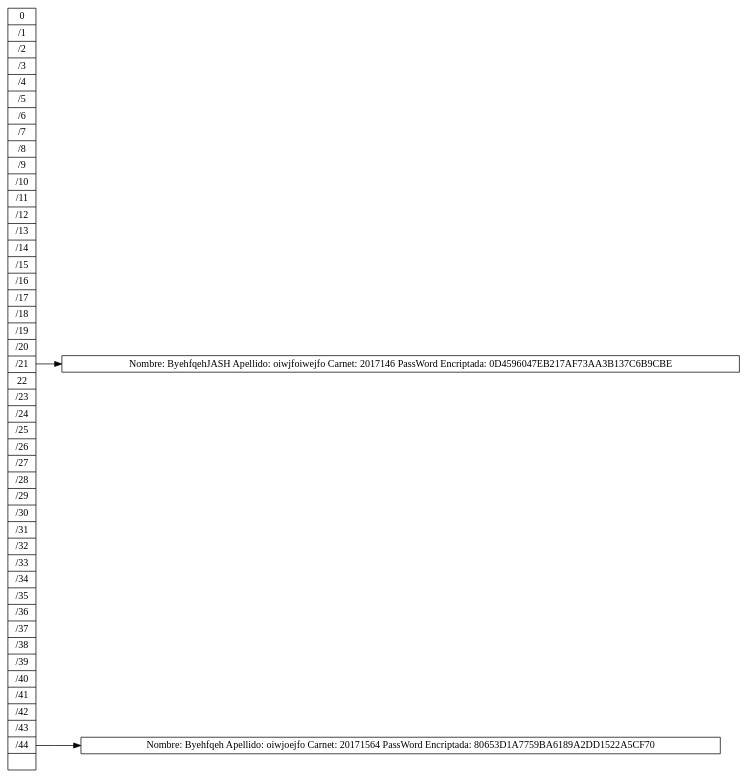
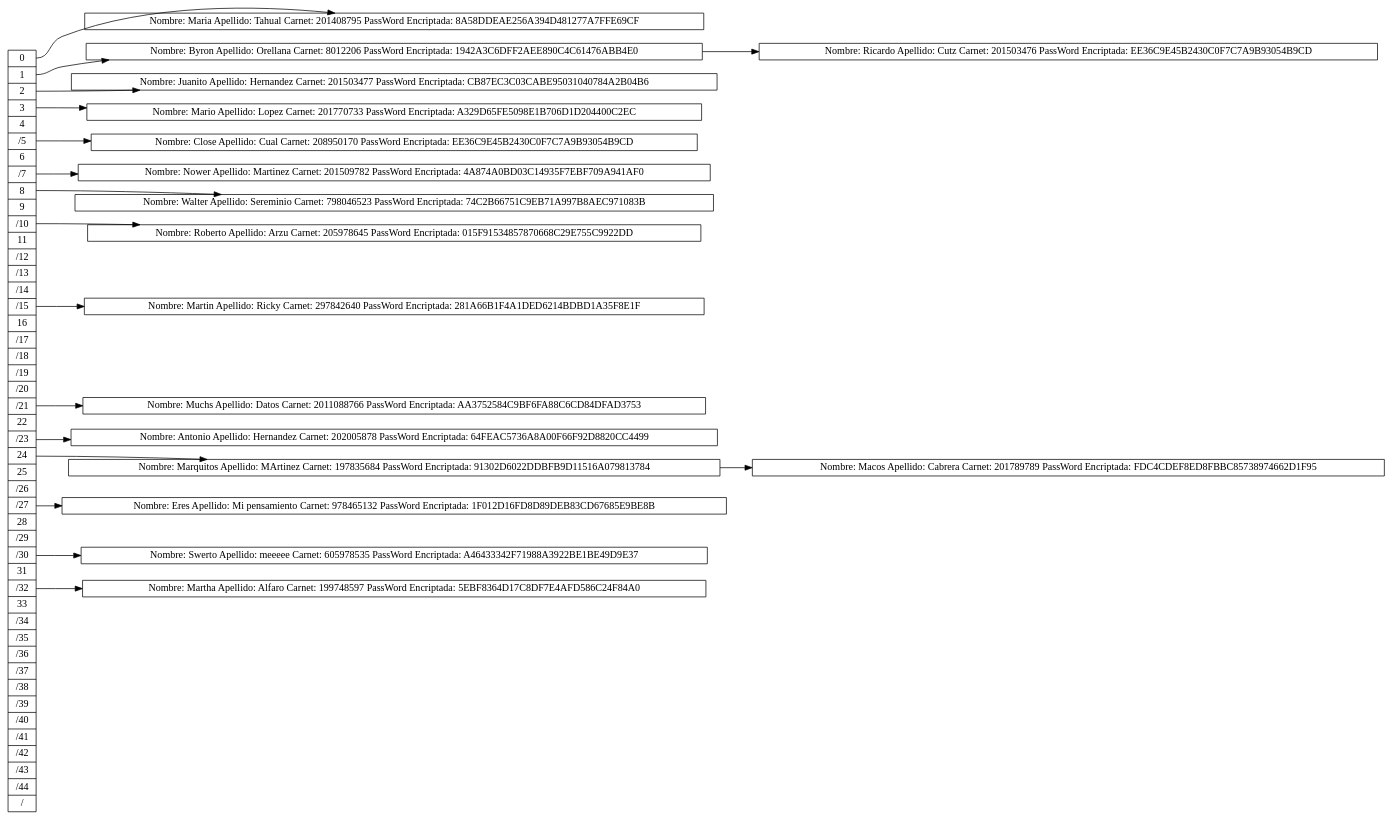
One commit to ByLy23/BlockChain_Java changed the diagram in Proyecto2_201700733/Hash.dot. Above: the diagram before and after it, drawn with Graphviz. The commit also changed 11 other files, not shown here.

```diff
--- a/Proyecto2_201700733/Hash.dot
+++ b/Proyecto2_201700733/Hash.dot
@@ -1,14 +1,74 @@
 digraph Hash{ 
  rankdir= LR
  node[shape=record, width= 0.1, height= 0.1];
-Nodo367385899[label="<P0>0|<P1>/1|<P2>/2|<P3>/3|<P4>/4|<P5>/5|<P6>/6|<P7>/7|<P8>/8|<P9>/9|<P10>/10|<P11>/11|<P12>/12|<P13>/13|<P14>/14|<P15>/15|<P16>/16|<P17>/17|<P18>/18|<P19>/19|<P20>/20|<P21>/21|<P22>22|<P23>/23|<P24>/24|<P25>/25|<P26>/26|<P27>/27|<P28>/28|<P29>/29|<P30>/30|<P31>/31|<P32>/32|<P33>/33|<P34>/34|<P35>/35|<P36>/36|<P37>/37|<P38>/38|<P39>/39|<P40>/40|<P41>/41|<P42>/42|<P43>/43|<P44>/44|<P45>"];
-Nodo809543445[label=" Nombre: ByehfqehJASH Apellido:  oiwjfoiwejfo
- Carnet: 2017146
- PassWord Encriptada: 0D4596047EB217AF73AA3B137C6B9CBE"];
-Nodo367385899:P21 ->Nodo809543445
-Nodo393951918[label=" Nombre: Byehfqeh Apellido:  oiwjoejfo
- Carnet: 20171564
- PassWord Encriptada: 80653D1A7759BA6189A2DD1522A5CF70"];
-Nodo367385899:P44 ->Nodo393951918
+Nodo1714618310[label="<P0>0|<P1>1|<P2>2|<P3>3|<P4>4|<P5>/5|<P6>6|<P7>/7|<P8>8|<P9>9|<P10>/10|<P11>11|<P12>/12|<P13>/13|<P14>/14|<P15>/15|<P16>16|<P17>/17|<P18>/18|<P19>/19|<P20>/20|<P21>/21|<P22>22|<P23>/23|<P24>24|<P25>25|<P26>/26|<P27>/27|<P28>28|<P29>/29|<P30>/30|<P31>31|<P32>/32|<P33>33|<P34>/34|<P35>/35|<P36>/36|<P37>/37|<P38>/38|<P39>/39|<P40>/40|<P41>/41|<P42>/42|<P43>/43|<P44>/44|<P45>/"];
+Nodo1040921922[label=" Nombre: Maria Apellido:  Tahual
+ Carnet: 201408795
+ PassWord Encriptada: 8A58DDEAE256A394D481277A7FFE69CF"];
+Nodo1714618310:P0 ->Nodo1040921922
+Nodo1003820315[label=" Nombre: Byron Apellido:  Orellana
+ Carnet: 8012206
+ PassWord Encriptada: 1942A3C6DFF2AEE890C4C61476ABB4E0"];
+Nodo1003820315->Nodo702632414
+Nodo702632414[label=" Nombre: Ricardo Apellido:  Cutz
+ Carnet: 201503476
+ PassWord Encriptada: EE36C9E45B2430C0F7C7A9B93054B9CD"];
+Nodo1714618310:P1 ->Nodo1003820315
+Nodo1490835435[label=" Nombre: Juanito Apellido:  Hernandez
+ Carnet: 201503477
+ PassWord Encriptada: CB87EC3C03CABE95031040784A2B04B6"];
+Nodo1714618310:P2 ->Nodo1490835435
+Nodo1067108503[label=" Nombre: Mario Apellido:  Lopez
+ Carnet: 201770733
+ PassWord Encriptada: A329D65FE5098E1B706D1D204400C2EC"];
+Nodo1714618310:P3 ->Nodo1067108503
+Nodo754220978[label=" Nombre: Close Apellido:  Cual
+ Carnet: 208950170
+ PassWord Encriptada: EE36C9E45B2430C0F7C7A9B93054B9CD"];
+Nodo1714618310:P5 ->Nodo754220978
+Nodo263763027[label=" Nombre: Nower Apellido:  Martinez
+ Carnet: 201509782
+ PassWord Encriptada: 4A874A0BD03C14935F7EBF709A941AF0"];
+Nodo1714618310:P7 ->Nodo263763027
+Nodo903993664[label=" Nombre: Walter Apellido:  Sereminio
+ Carnet: 798046523
+ PassWord Encriptada: 74C2B66751C9EB71A997B8AEC971083B"];
+Nodo1714618310:P8 ->Nodo903993664
+Nodo1557557531[label=" Nombre: Roberto Apellido:  Arzu
+ Carnet: 205978645
+ PassWord Encriptada: 015F91534857870668C29E755C9922DD"];
+Nodo1714618310:P10 ->Nodo1557557531
+Nodo1397787868[label=" Nombre: Martin Apellido:  Ricky
+ Carnet: 297842640
+ PassWord Encriptada: 281A66B1F4A1DED6214BDBD1A35F8E1F"];
+Nodo1714618310:P15 ->Nodo1397787868
+Nodo427864265[label=" Nombre: Muchs Apellido:  Datos
+ Carnet: 2011088766
+ PassWord Encriptada: AA3752584C9BF6FA88C6CD84DFAD3753"];
+Nodo1714618310:P21 ->Nodo427864265
+Nodo579883360[label=" Nombre: Antonio Apellido:  Hernandez
+ Carnet: 202005878
+ PassWord Encriptada: 64FEAC5736A8A00F66F92D8820CC4499"];
+Nodo1714618310:P23 ->Nodo579883360
+Nodo1302442624[label=" Nombre: Marquitos Apellido:  MArtinez
+ Carnet: 197835684
+ PassWord Encriptada: 91302D6022DDBFB9D11516A079813784"];
+Nodo1302442624->Nodo440463748
+Nodo440463748[label=" Nombre: Macos Apellido:  Cabrera
+ Carnet: 201789789
+ PassWord Encriptada: FDC4CDEF8ED8FBBC85738974662D1F95"];
+Nodo1714618310:P24 ->Nodo1302442624
+Nodo114953469[label=" Nombre: Eres Apellido:  Mi pensamiento
+ Carnet: 978465132
+ PassWord Encriptada: 1F012D16FD8D89DEB83CD67685E9BE8B"];
+Nodo1714618310:P27 ->Nodo114953469
+Nodo652301847[label=" Nombre: Swerto Apellido:  meeeee
+ Carnet: 605978535
+ PassWord Encriptada: A46433342F71988A3922BE1BE49D9E37"];
+Nodo1714618310:P30 ->Nodo652301847
+Nodo1712637433[label=" Nombre: Martha Apellido:  Alfaro
+ Carnet: 199748597
+ PassWord Encriptada: 5EBF8364D17C8DF7E4AFD586C24F84A0"];
+Nodo1714618310:P32 ->Nodo1712637433
 
 }
```
